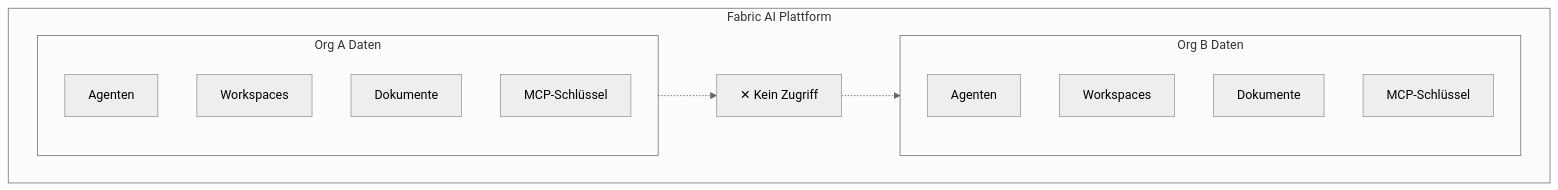
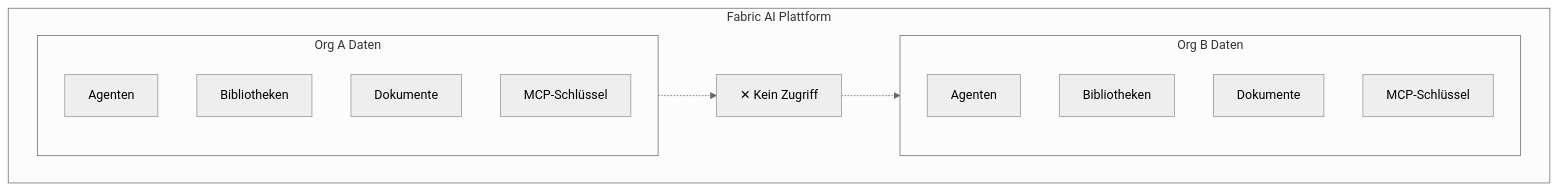
Before and after one commit to Fabric-Pro/fabric-oss: the third of 3 diagrams in apps/web/content/docs/features/organizations.de.mdx, drawn with Mermaid (neutral theme). The commit also changed other lines of this file and 1129 other files, not shown here.

````diff
--- a/apps/web/content/docs/features/organizations.de.mdx
+++ b/apps/web/content/docs/features/organizations.de.mdx
@@ -154,23 +154,23 @@
 ```mermaid
 flowchart TB
     subgraph PLATFORM["Fabric AI Plattform"]
         subgraph ORGA["Org A Daten"]
             A1["Agenten"]
-            A2["Workspaces"]
+            A2["Bibliotheken"]
             A3["Dokumente"]
             A4["MCP-Schlüssel"]
         end
 
         BARRIER["✕ Kein Zugriff"]
 
         subgraph ORGB["Org B Daten"]
             B1["Agenten"]
-            B2["Workspaces"]
+            B2["Bibliotheken"]
             B3["Dokumente"]
             B4["MCP-Schlüssel"]
         end
 
         ORGA -.-> BARRIER
         BARRIER -.-> ORGB
     end
 ```
````
